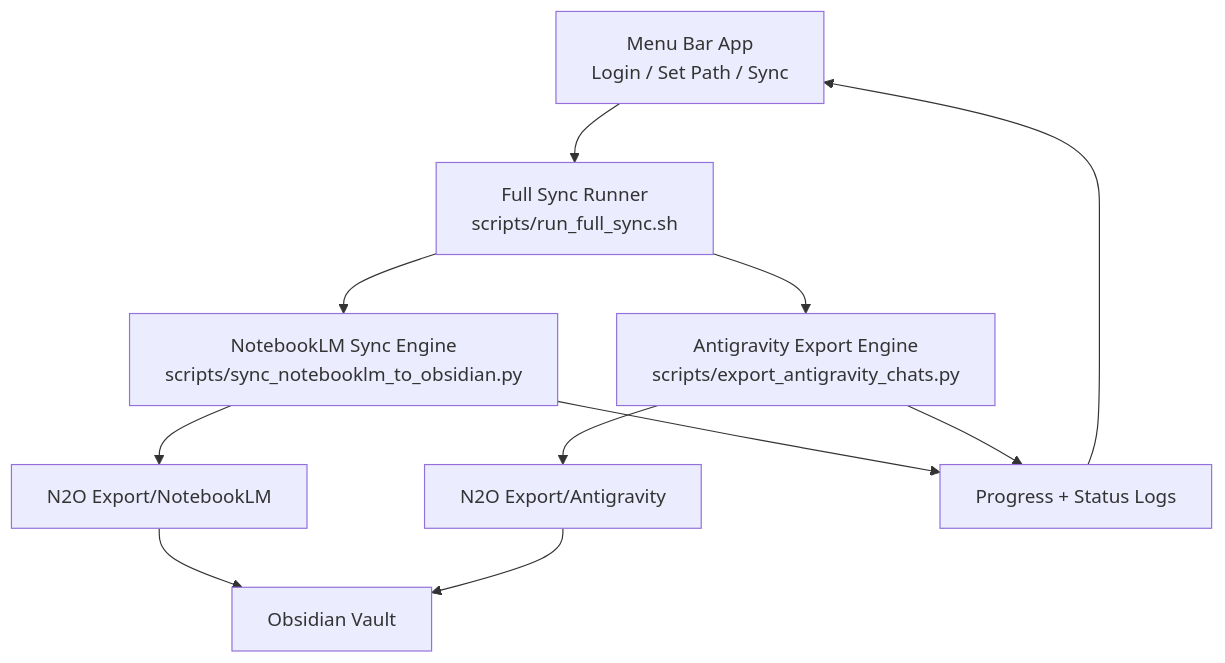
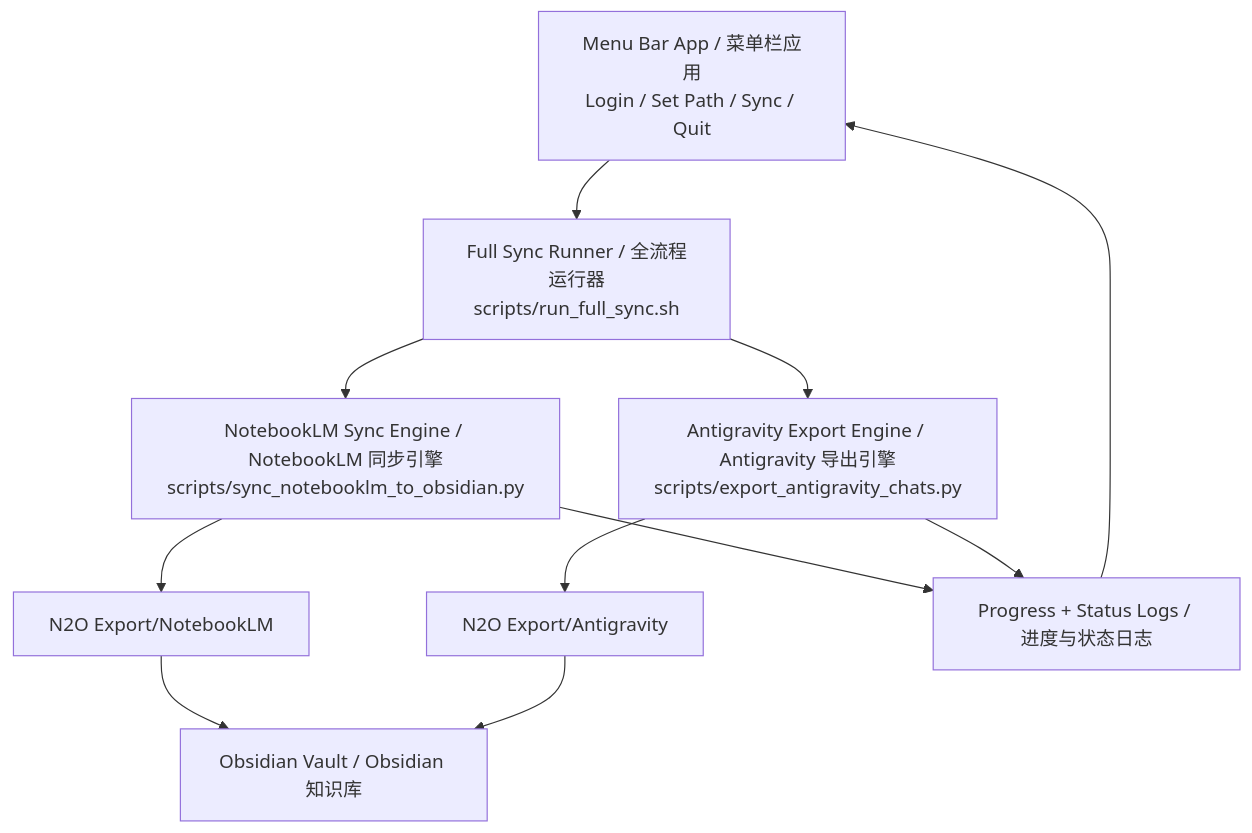
Before and after one commit to Fly-Carrot/NotebookLM-to-Obisidian: the diagram in README.md, drawn with Mermaid. The commit also changed other lines of this file and 2 other files, not shown here.

````diff
--- a/README.md
+++ b/README.md
@@ -15,13 +26,13 @@
 ```mermaid
 flowchart TD
-    A["Menu Bar App<br/>Login / Set Path / Sync"] --> B["Full Sync Runner<br/>scripts/run_full_sync.sh"]
-    B --> C["NotebookLM Sync Engine<br/>scripts/sync_notebooklm_to_obsidian.py"]
-    B --> D["Antigravity Export Engine<br/>scripts/export_antigravity_chats.py"]
+    A["Menu Bar App / 菜单栏应用<br/>Login / Set Path / Sync / Quit"] --> B["Full Sync Runner / 全流程运行器<br/>scripts/run_full_sync.sh"]
+    B --> C["NotebookLM Sync Engine / NotebookLM 同步引擎<br/>scripts/sync_notebooklm_to_obsidian.py"]
+    B --> D["Antigravity Export Engine / Antigravity 导出引擎<br/>scripts/export_antigravity_chats.py"]
     C --> E["N2O Export/NotebookLM"]
     D --> F["N2O Export/Antigravity"]
-    E --> G["Obsidian Vault"]
+    E --> G["Obsidian Vault / Obsidian 知识库"]
     F --> G
-    C --> H["Progress + Status Logs"]
+    C --> H["Progress + Status Logs / 进度与状态日志"]
     D --> H
     H --> A
 ```
````
